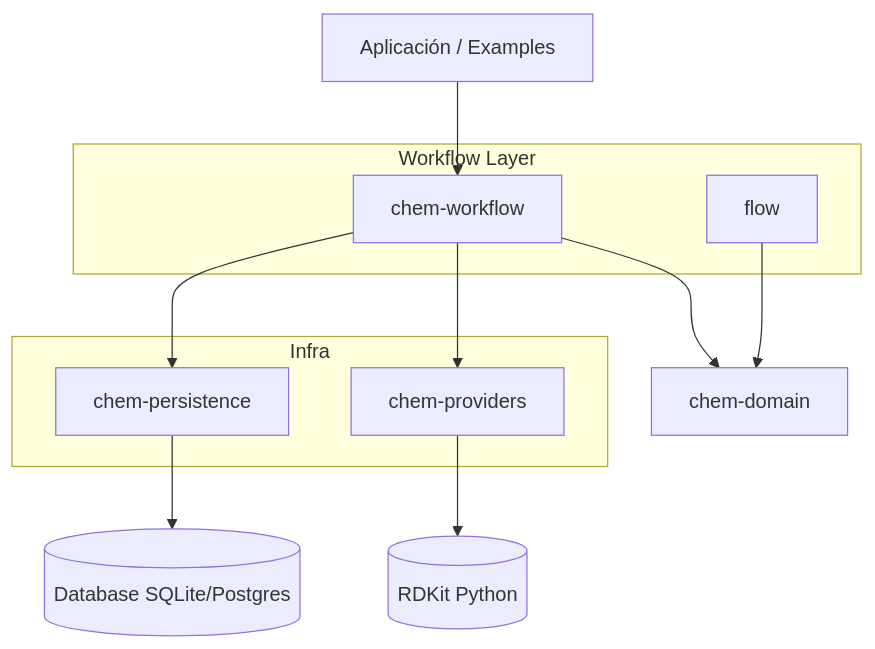
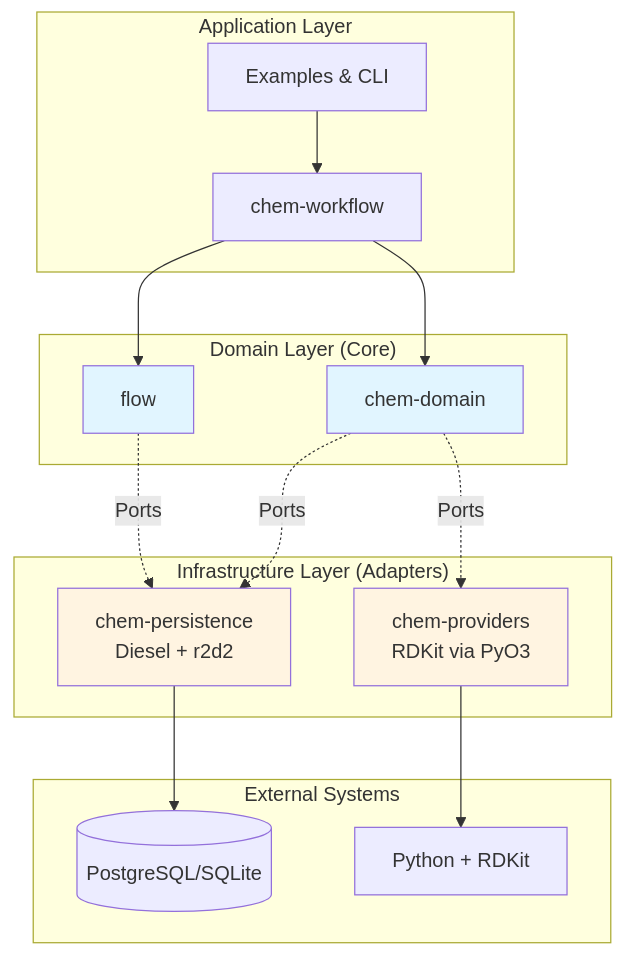
Before and after one commit to chem-gl/chem-flow: the first of 7 diagrams in README.md, drawn with Mermaid. The commit also changed other lines of this file and 21 other files, not shown here.

````diff
--- a/README.md
+++ b/README.md
@@ -156,21 +51,36 @@
 ```mermaid
-flowchart TB
-  App[Aplicación / Examples]
-  subgraph Workflow Layer
-    Wf[chem-workflow]
-    FlowEngine[flow]
-  end
-  Domain[chem-domain]
-  subgraph Infra
-    Persist[chem-persistence]
-    Providers[chem-providers]
-  end
-
-  App --> Wf
-  Wf --> Domain
-  FlowEngine --> Domain
-  Wf --> Persist
-  Wf --> Providers
-  Persist --> DB[(Database SQLite/Postgres)]
-  Providers --> RDKit[(RDKit Python)]
+graph TB
+    subgraph "Application Layer"
+        Examples[Examples & CLI]
+        Workflows[chem-workflow]
+    end
+    
+    subgraph "Domain Layer (Core)"
+        Domain[chem-domain]
+        Flow[flow]
+    end
+    
+    subgraph "Infrastructure Layer (Adapters)"
+        Persistence[chem-persistence<br/>Diesel + r2d2]
+        Providers[chem-providers<br/>RDKit via PyO3]
+    end
+    
+    subgraph "External Systems"
+        DB[(PostgreSQL/SQLite)]
+        Python[Python + RDKit]
+    end
+    
+    Examples --> Workflows
+    Workflows --> Domain
+    Workflows --> Flow
+    Domain -.->|Ports| Persistence
+    Domain -.->|Ports| Providers
+    Flow -.->|Ports| Persistence
+    Persistence --> DB
+    Providers --> Python
+    
+    style Domain fill:#e1f5ff
+    style Flow fill:#e1f5ff
+    style Persistence fill:#fff4e1
+    style Providers fill:#fff4e1
 ```
````
